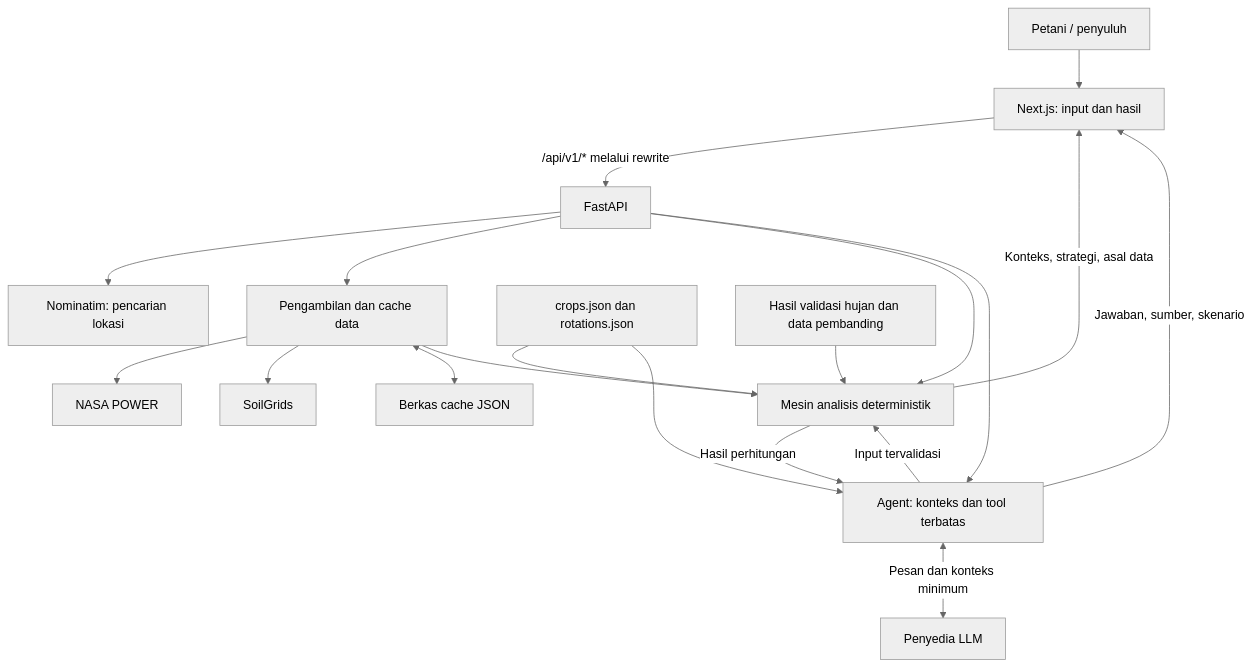
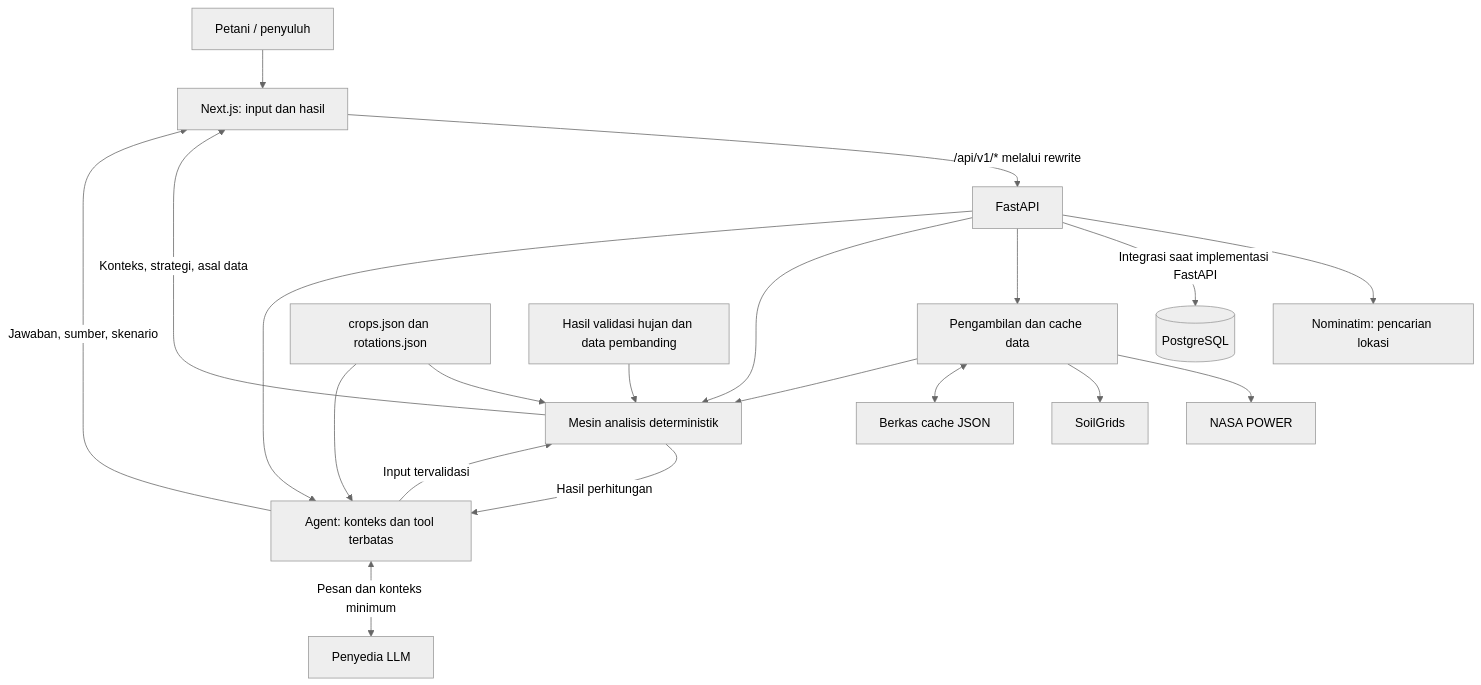
One commit to Priyapta/nasa-hacktahon changed the diagram in architecture.md. Above: the diagram before and after it, drawn with Mermaid (neutral theme). The commit also changed other lines of this file and 6 other files, not shown here.

Commit message:
feat: add Docker Compose PostgreSQL development database

````diff
--- a/architecture.md
+++ b/architecture.md
@@ -23,21 +23,22 @@
 ```mermaid
 flowchart TD
     User[Petani / penyuluh] --> FE[Next.js: input dan hasil]
     FE -->|/api/v1/* melalui rewrite| API[FastAPI]
     API --> Geo[Nominatim: pencarian lokasi]
+    API -->|Integrasi saat implementasi FastAPI| DB[(PostgreSQL)]
     API --> Services[Pengambilan dan cache data]
     Services --> Power[NASA POWER]
     Services --> Soil[SoilGrids]
     Services <--> Cache[Berkas cache JSON]
     API --> Core[Mesin analisis deterministik]
     Services --> Core
     Data[crops.json dan rotations.json] --> Core
     Validation[Hasil validasi hujan dan data pembanding] --> Core
     Core -->|Konteks, strategi, asal data| FE
     API --> Agent[Agent: konteks dan tool terbatas]
     Agent -->|Input tervalidasi| Core
     Core -->|Hasil perhitungan| Agent
     Data --> Agent
     Agent <-->|Pesan dan konteks minimum| LLM[Penyedia LLM]
     Agent -->|Jawaban, sumber, skenario| FE
 ```
````
